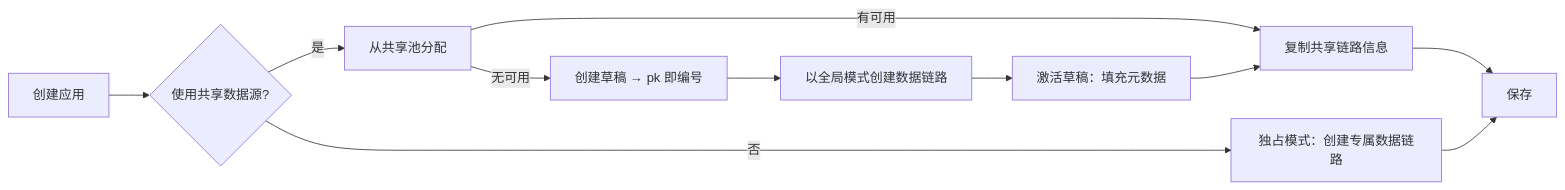
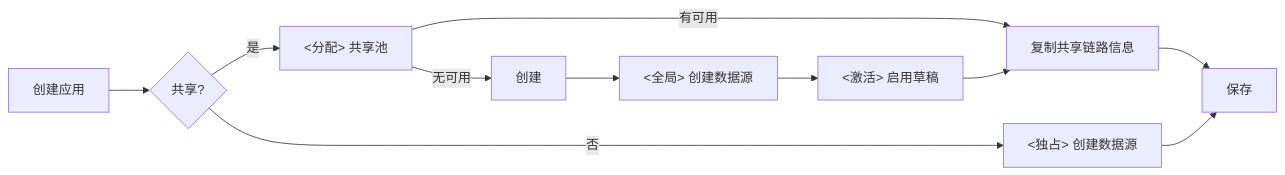
One commit to ZhuoZhuoCrayon/ai-workspace changed the second of 10 diagrams in knowledge/bkmonitor/issues/2026-03-03-apm-shared-datasource/PLAN.md. Above: the diagram before and after it, drawn with Mermaid. The commit also changed other lines of this file, not shown here.

First line of the commit message:
docs(bkmonitor): refine APM shared datasource PLAN structure and diagrams

````diff
--- a/knowledge/bkmonitor/issues/2026-03-03-apm-shared-datasource/PLAN.md
+++ b/knowledge/bkmonitor/issues/2026-03-03-apm-shared-datasource/PLAN.md
@@ -67,13 +70,13 @@
 ```mermaid
 flowchart LR
-    A[创建应用] --> B{使用共享数据源?}
-    B -->|是| C[从共享池分配]
+    A[创建应用] --> B{共享?}
+    B -->|是| C[<分配> 共享池]
     C -->|有可用| D[复制共享链路信息]
-    C -->|无可用| E[创建草稿 → pk 即编号]
-    E --> F[以全局模式创建数据链路]
-    F --> G[激活草稿：填充元数据]
+    C -->|无可用| E[创建]
+    E --> F[<全局> 创建数据源]
+    F --> G[<激活> 启用草稿]
     G --> D
     D --> H[保存]
-    B -->|否| I[独占模式：创建专属数据链路]
+    B -->|否| I[<独占> 创建数据源]
     I --> H
 ```
````
